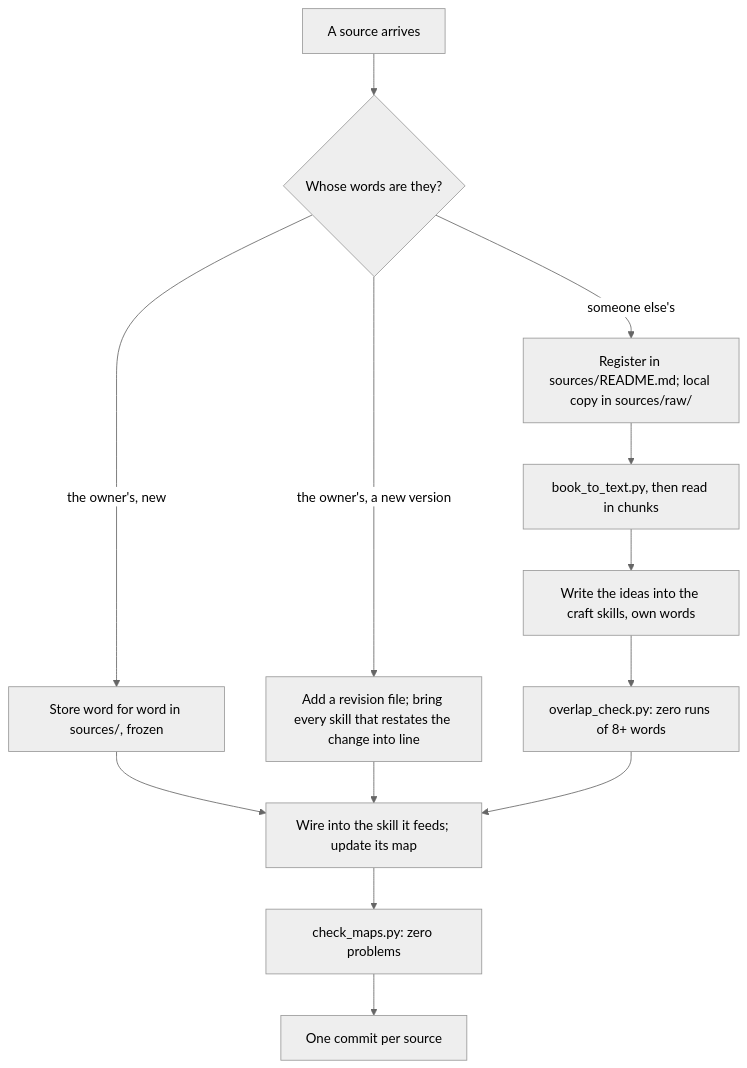
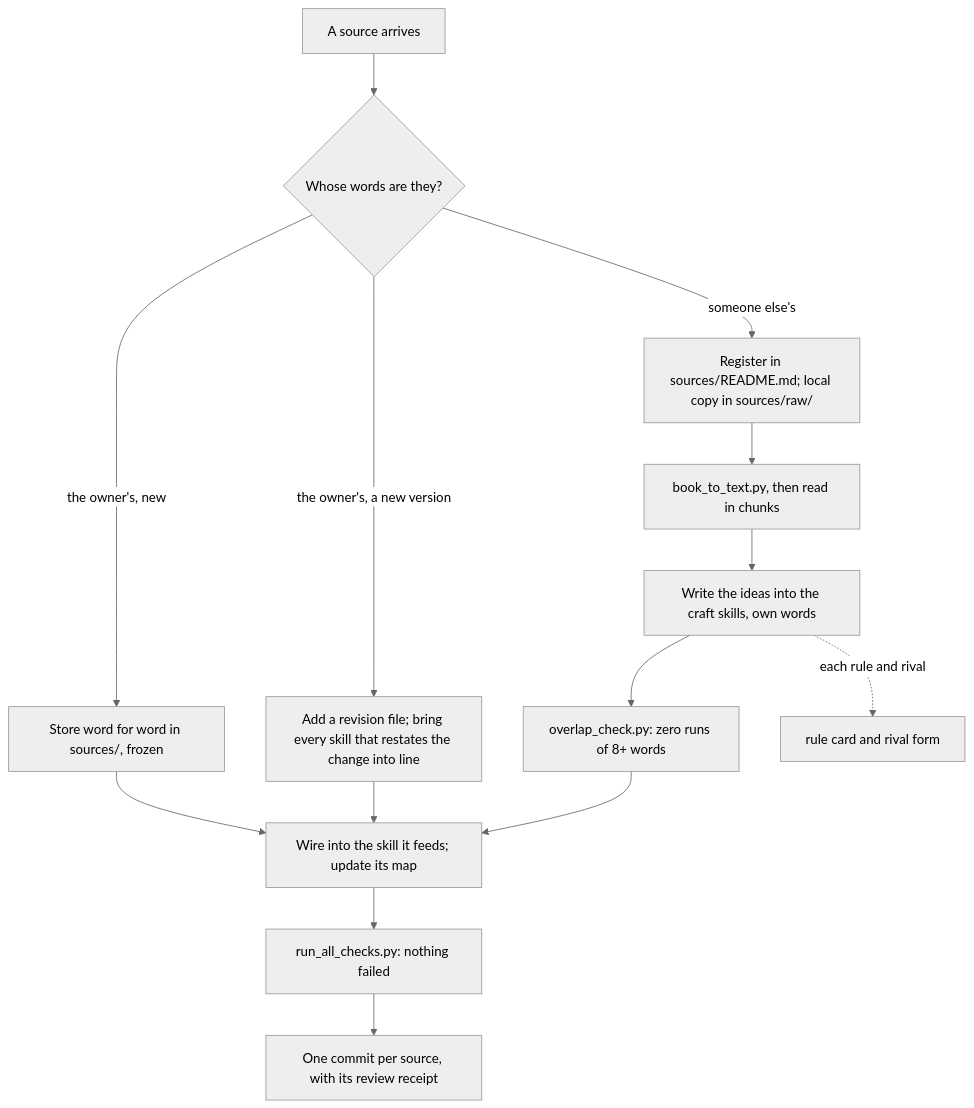
Before and after one commit to AHepi/StoryTest: the diagram in .claude/skills/add-source/SKILL.md, drawn with Mermaid (neutral theme). The commit also changed other lines of this file and 87 other files, not shown here.

````diff
--- a/.claude/skills/add-source/SKILL.md
+++ b/.claude/skills/add-source/SKILL.md
@@ -27,15 +29,16 @@
 ```mermaid
 flowchart TD
   S["A source arrives"] --> K{"Whose words are they?"}
   K -->|the owner's, new| O["Store word for word in sources/, frozen"]
   K -->|the owner's, a new version| R["Add a revision file; bring every skill that restates the change into line"]
   K -->|someone else's| C["Register in sources/README.md; local copy in sources/raw/"]
   C --> T["book_to_text.py, then read in chunks"]
   T --> D["Write the ideas into the craft skills, own words"]
   D --> V["overlap_check.py: zero runs of 8+ words"]
   O --> W["Wire into the skill it feeds; update its map"]
   R --> W
   V --> W
-  W --> CM["check_maps.py: zero problems"]
-  CM --> M["One commit per source"]
+  D -.->|each rule and rival| RC["rule card and rival form"]
+  W --> CM["run_all_checks.py: nothing failed"]
+  CM --> M["One commit per source, with its review receipt"]
 ```
````
